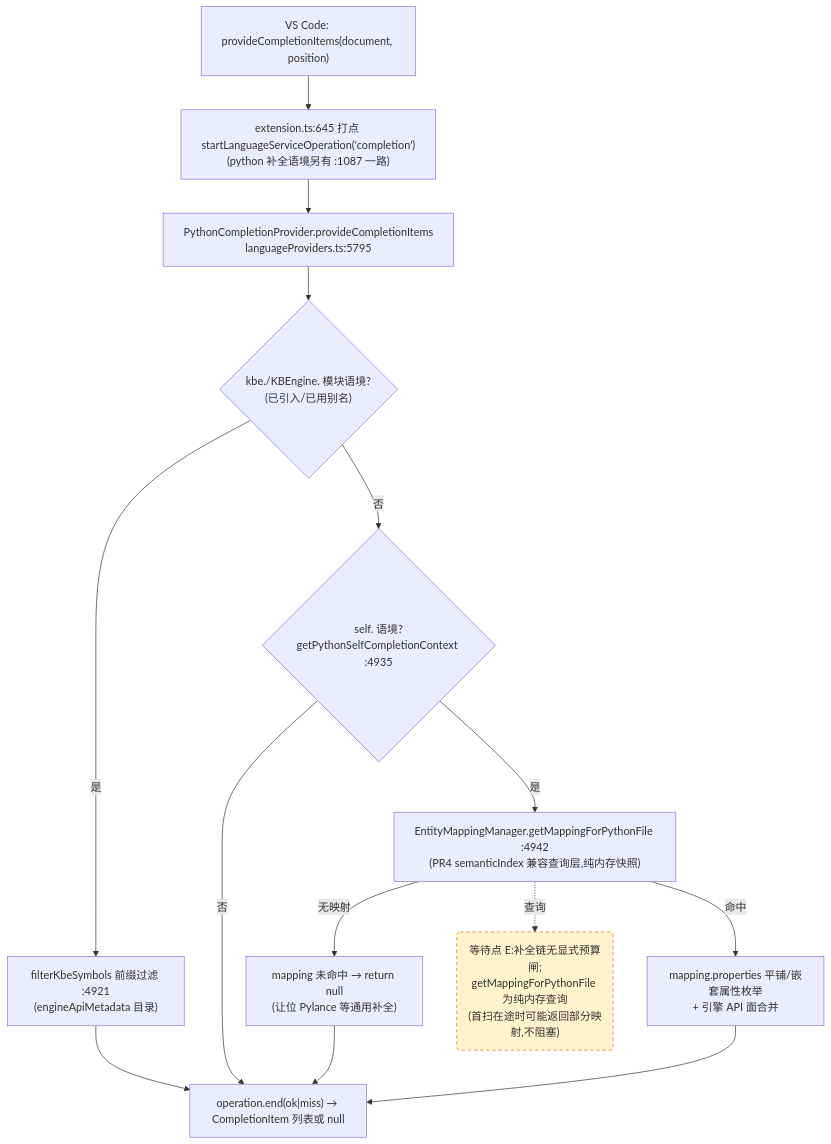
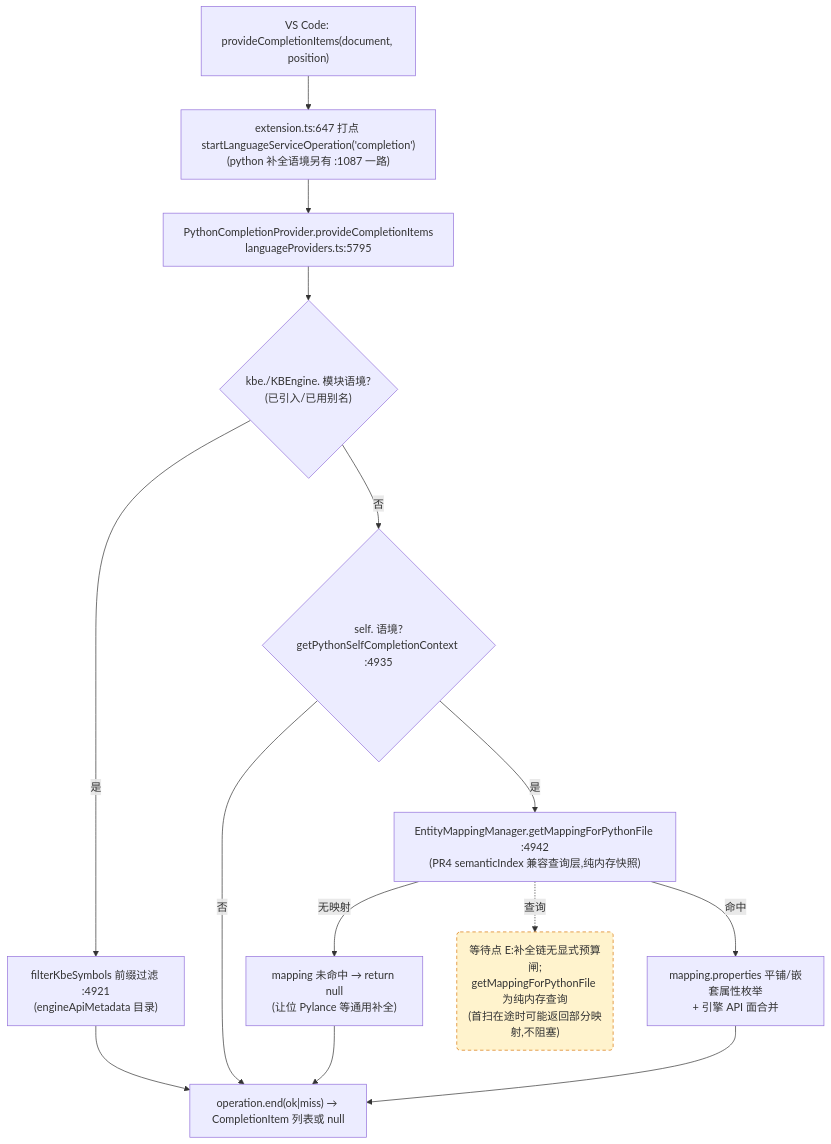
The third of 4 diagrams in docs/perf/2026-baseline.md (cuihairu/kode), drawn with Mermaid before and after one commit. The commit also changed other lines of this file and 15 other files, not shown here.

````diff
--- a/docs/perf/2026-baseline.md
+++ b/docs/perf/2026-baseline.md
@@ -184,27 +184,27 @@
 ```mermaid
 flowchart TD
   VC3["VS Code: provideCompletionItems(document, position)"]
-  M3["extension.ts:645 打点 startLanguageServiceOperation('completion')<br/>(python 补全语境另有 :1087 一路)"]
+  M3["extension.ts:647 打点 startLanguageServiceOperation('completion')<br/>(python 补全语境另有 :1087 一路)"]
   CP["PythonCompletionProvider.provideCompletionItems<br/>languageProviders.ts:5795"]
   KBEC{"kbe./KBEngine. 模块语境?<br/>(已引入/已用别名)"}
   FILTER["filterKbeSymbols 前缀过滤 :4921<br/>(engineApiMetadata 目录)"]
   SELFC{"self. 语境?<br/>getPythonSelfCompletionContext :4935"}
   MAP["EntityMappingManager.getMappingForPythonFile :4942<br/>(PR4 semanticIndex 兼容查询层,纯内存快照)"]
   NOMAP["mapping 未命中 → return null<br/>(让位 Pylance 等通用补全)"]
   PROPS["mapping.properties 平铺/嵌套属性枚举<br/>+ 引擎 API 面合并"]
   END3["operation.end(ok|miss) → CompletionItem 列表或 null"]
 
   VC3 --> M3 --> CP --> KBEC
   KBEC -- "是" --> FILTER --> END3
   KBEC -- "否" --> SELFC
   SELFC -- "否" --> END3
   SELFC -- "是" --> MAP
   MAP -- "无映射" --> NOMAP --> END3
   MAP -- "命中" --> PROPS --> END3
 
   WAITE("等待点 E:补全链无显式预算闸;<br/>getMappingForPythonFile 为纯内存查询<br/>(首扫在途时可能返回部分映射,不阻塞)")
   MAP -.->|查询| WAITE
 
   classDef waitPoint fill:#fff3cd,stroke:#d97706,stroke-dasharray:5 4;
   class WAITE waitPoint;
 ```
````
